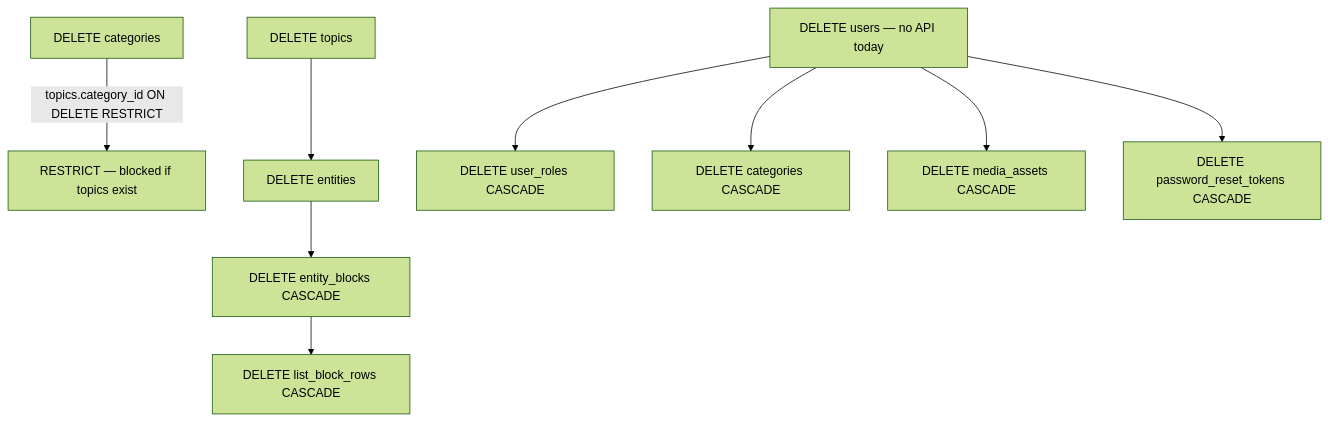
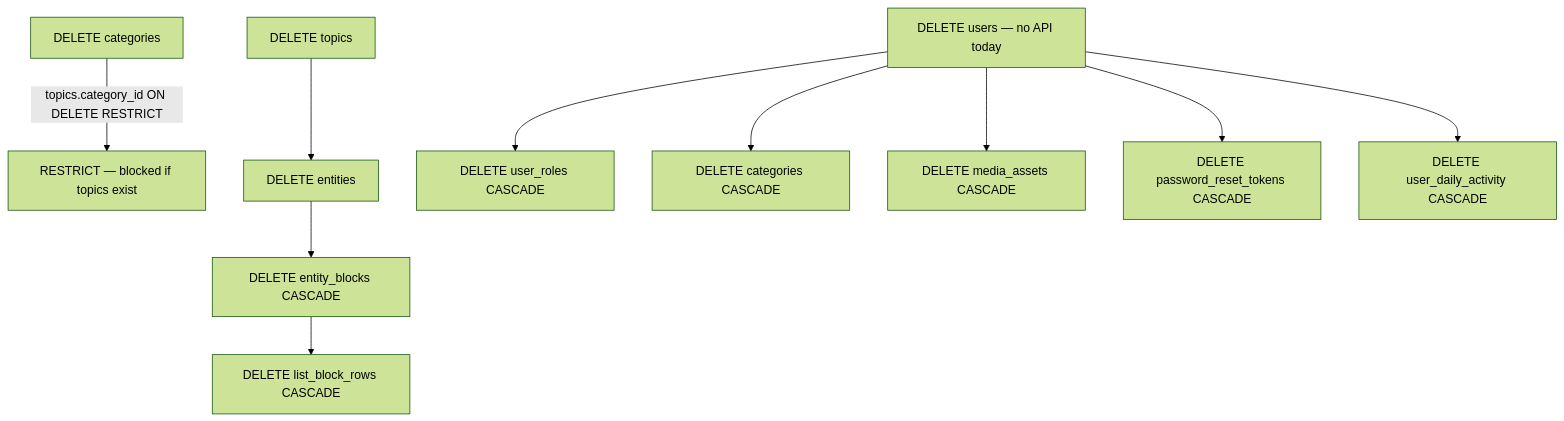
One commit to roman-ua89/remindme changed the diagram in backend/docs/DATA-FLOWS.md. Above: the diagram before and after it, drawn with Mermaid (forest theme). The commit also changed other lines of this file and 33 other files, not shown here.

Commit message:
Added daily activity chart on home page

````diff
--- a/backend/docs/DATA-FLOWS.md
+++ b/backend/docs/DATA-FLOWS.md
@@ -472,23 +507,25 @@
 ```mermaid
 flowchart TD
     deleteCategory["DELETE categories"]
     stopCategory["RESTRICT — blocked if topics exist"]
     deleteTopic["DELETE topics"]
     deleteEntity["DELETE entities"]
     entityBlocks["DELETE entity_blocks CASCADE"]
     listRows["DELETE list_block_rows CASCADE"]
     deleteUser["DELETE users — no API today"]
     userRoles["DELETE user_roles CASCADE"]
     categories["DELETE categories CASCADE"]
     mediaAssets["DELETE media_assets CASCADE"]
     resetTokens["DELETE password_reset_tokens CASCADE"]
+    dailyActivity["DELETE user_daily_activity CASCADE"]
 
     deleteCategory -->|"topics.category_id ON DELETE RESTRICT"| stopCategory
     deleteTopic --> deleteEntity
     deleteEntity --> entityBlocks
     entityBlocks --> listRows
     deleteUser --> userRoles
     deleteUser --> categories
     deleteUser --> mediaAssets
     deleteUser --> resetTokens
+    deleteUser --> dailyActivity
 ```
````
